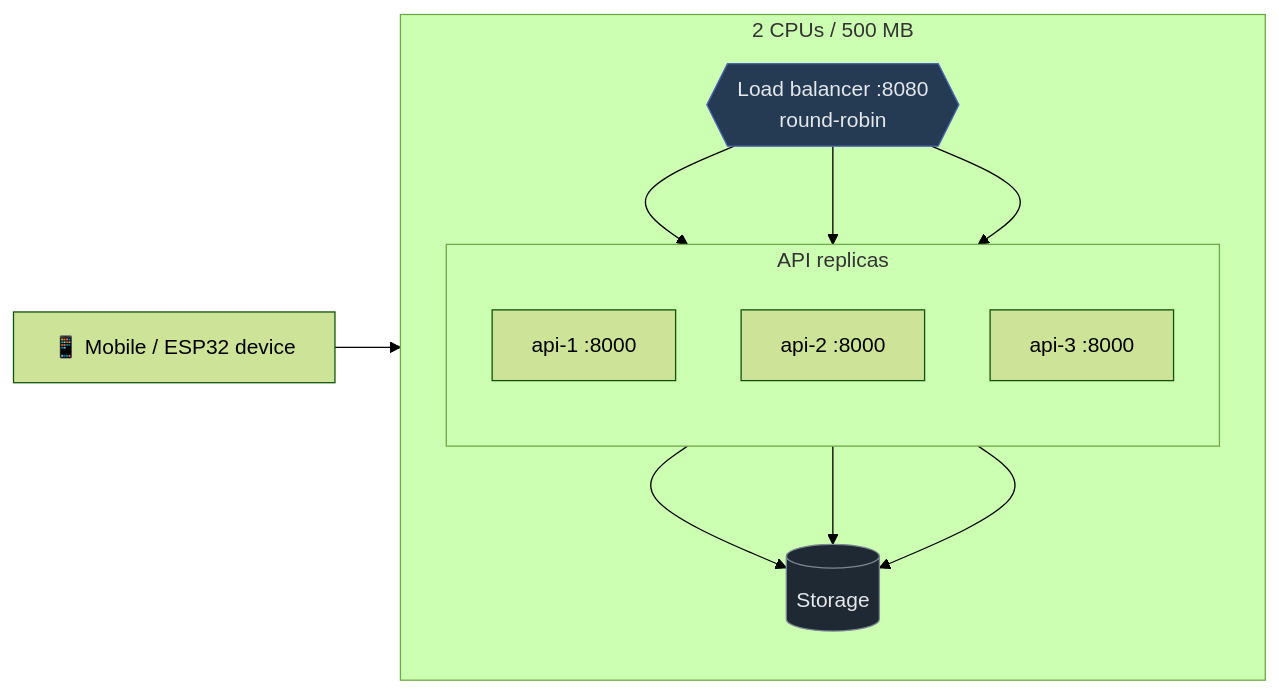
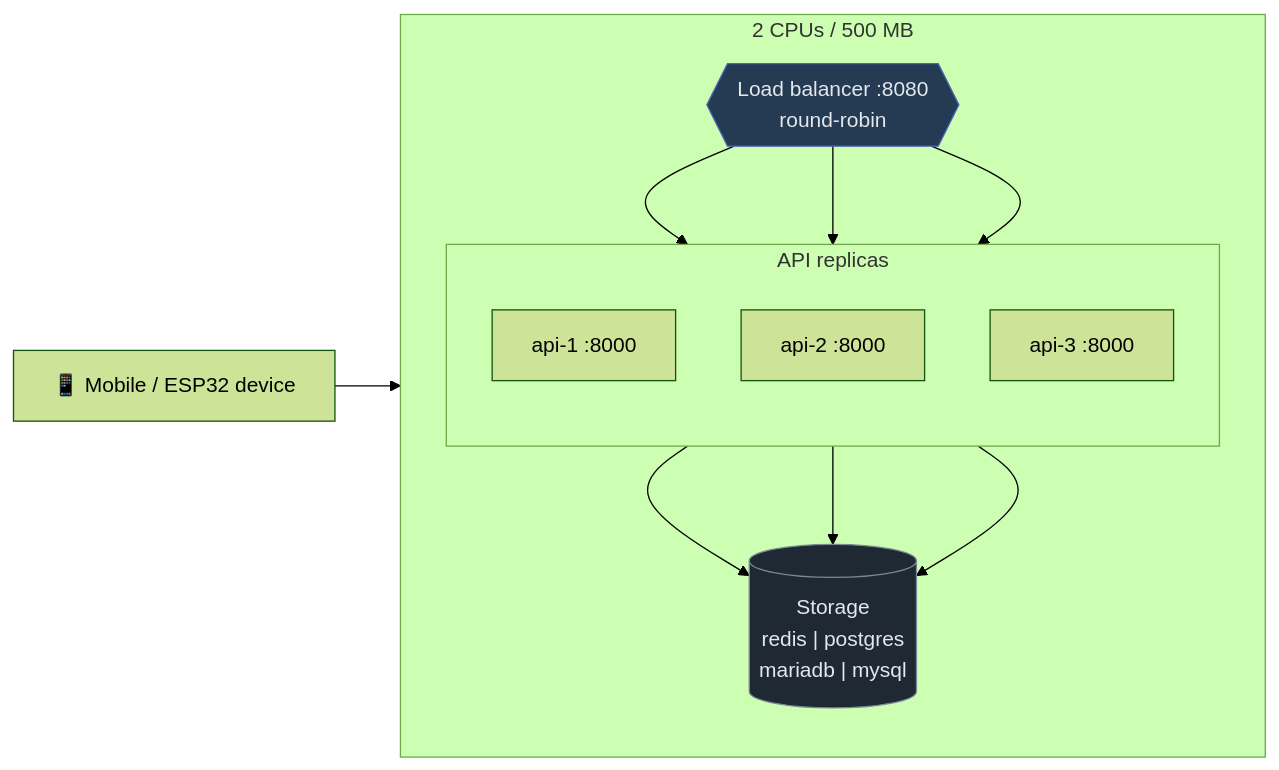
Before and after one commit to The-500MB-Club/the_500mb_club_challenge: the diagram in README.md, drawn with Mermaid (forest theme). The commit also changed other lines of this file and 9 other files, not shown here.

````diff
--- a/README.md
+++ b/README.md
@@ -7,35 +7,35 @@
 ```mermaid
 flowchart LR
     Dev["📱 Mobile / ESP32 device"]
 
     subgraph Stack["2 CPUs / 500 MB"]
         direction TB
         LB{{"Load balancer :8080<br/>round-robin"}}
 
         subgraph APIs["API replicas"]
             direction TB
             A1["api-1 :8000"]
             A2["api-2 :8000"]
             A3["api-3 :8000"]
         end
 
-        R[("Storage")]
+        R[("Storage<br/>redis | postgres<br/>mariadb | mysql")]
     end
 
     Dev --> LB
 
     LB --> A1
     LB --> A2
     LB --> A3
 
     A1 --> R
     A2 --> R
     A3 --> R
 
     classDef store fill:#1f2933,stroke:#7b8794,color:#e4e7eb;
     classDef lb fill:#243b53,stroke:#4c63b6,color:#e4e7eb;
     classDef obs fill:#3e2723,stroke:#a1887f,color:#efebe9;
     class R store;
     class LB lb;
     class Prom obs;
 ```
````
